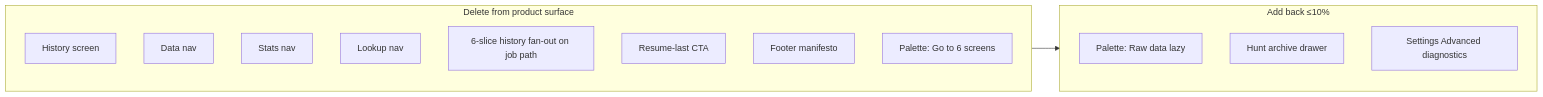
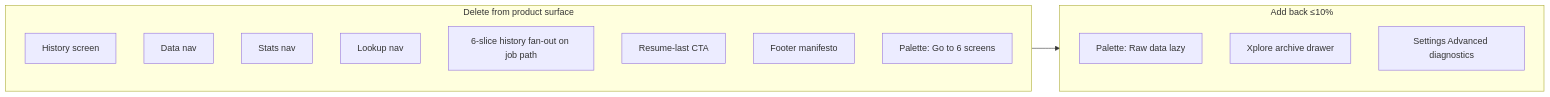
One commit to p10ns11y/collab-finder changed the second of 13 diagrams in reports/single-pr-intuitive-product.md. Above: the diagram before and after it, drawn with Mermaid. The commit also changed other lines of this file and 31 other files, not shown here.

First line of the commit message:
chore: deepest clean of legacy terminology (Job/JobTarget -> Opportunity/Target, Hunt -> Xplore)

````diff
--- a/reports/single-pr-intuitive-product.md
+++ b/reports/single-pr-intuitive-product.md
@@ -56,19 +56,19 @@
 ```mermaid
 flowchart LR
   subgraph delete["Delete from product surface"]
     D1[History screen]
     D2[Data nav]
     D3[Stats nav]
     D4[Lookup nav]
     D5[6-slice history fan-out on job path]
     D6[Resume-last CTA]
     D7[Footer manifesto]
     D8[Palette: Go to 6 screens]
   end
   subgraph keep10["Add back ≤10%"]
     K1[Palette: Raw data lazy]
-    K2[Hunt archive drawer]
+    K2[Xplore archive drawer]
     K3[Settings Advanced diagnostics]
   end
   delete --> keep10
 ```
````
